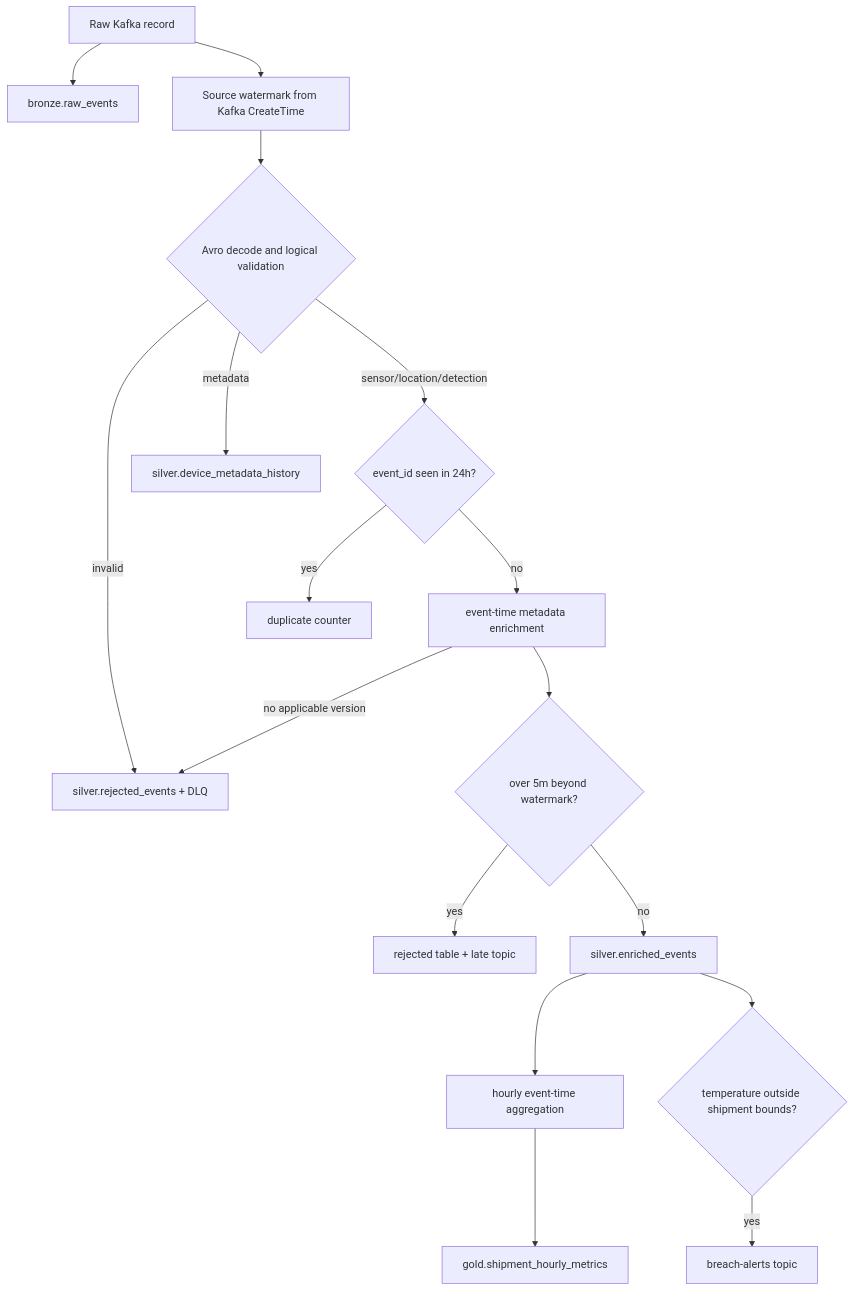
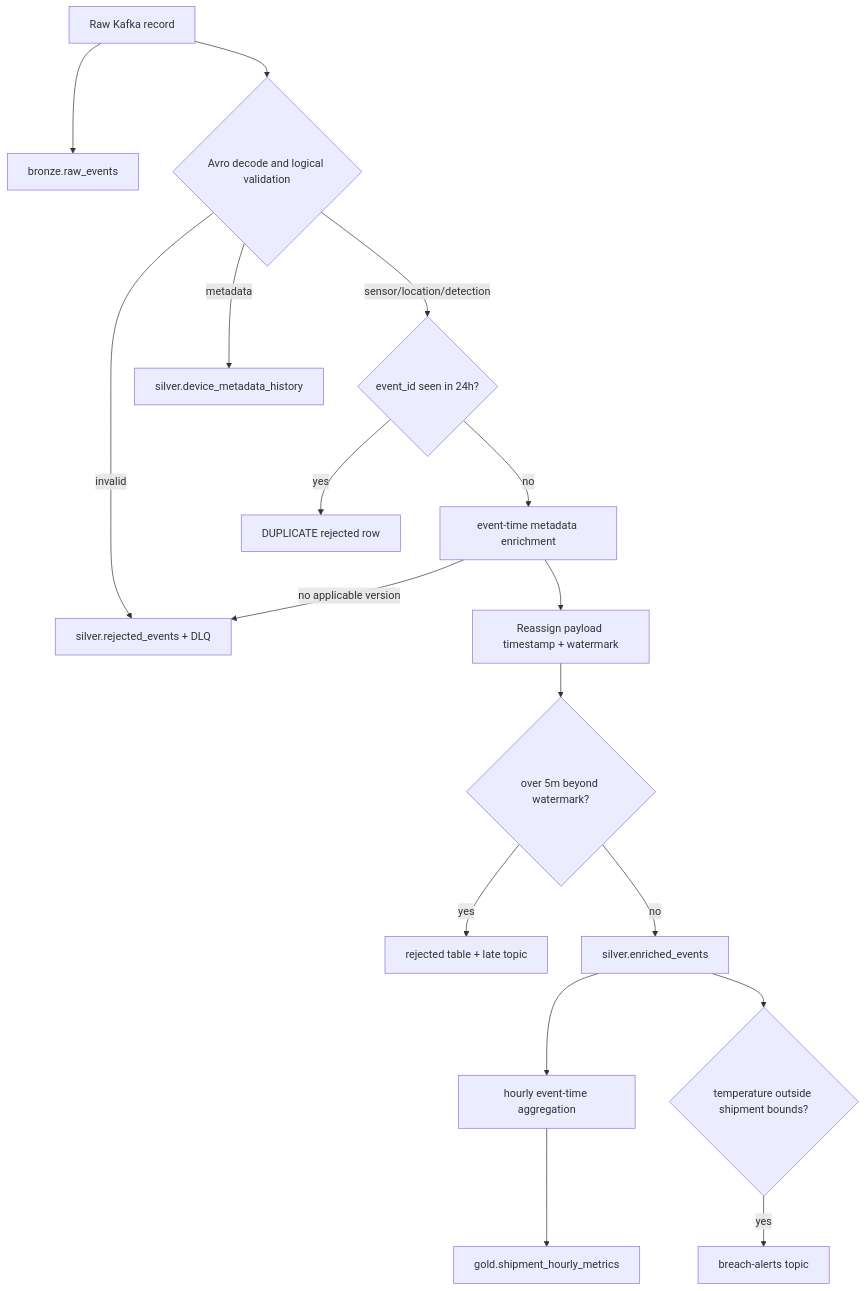
One commit to saadabdullah-15/real-time-cold-chain-lakehouse changed the second of 2 diagrams in docs/architecture.md. Above: the diagram before and after it, drawn with Mermaid. The commit also changed other lines of this file and 3 other files, not shown here.

````diff
--- a/docs/architecture.md
+++ b/docs/architecture.md
@@ -31,19 +35,19 @@
 ```mermaid
 flowchart TD
     R[Raw Kafka record] --> B[bronze.raw_events]
-    R --> W[Source watermark from Kafka CreateTime]
-    W --> D{Avro decode and logical validation}
+    R --> D{Avro decode and logical validation}
     D -->|invalid| X[silver.rejected_events + DLQ]
     D -->|metadata| H[silver.device_metadata_history]
     D -->|sensor/location/detection| U{event_id seen in 24h?}
-    U -->|yes| DM[duplicate counter]
+    U -->|yes| DM[DUPLICATE rejected row]
     U -->|no| E[event-time metadata enrichment]
     E -->|no applicable version| X
-    E --> L{over 5m beyond watermark?}
+    E --> W[Reassign payload timestamp + watermark]
+    W --> L{over 5m beyond watermark?}
     L -->|yes| LT[rejected table + late topic]
     L -->|no| S[silver.enriched_events]
     S --> A[hourly event-time aggregation]
     A --> G[gold.shipment_hourly_metrics]
     S --> Q{temperature outside shipment bounds?}
     Q -->|yes| BA[breach-alerts topic]
 ```
````
